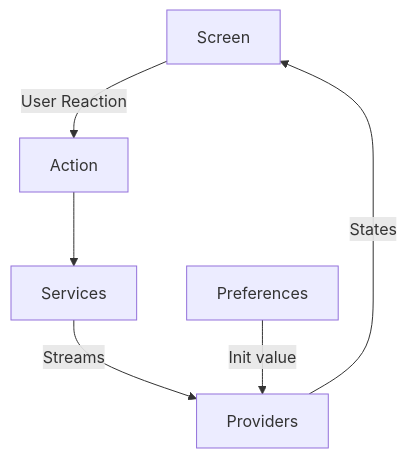
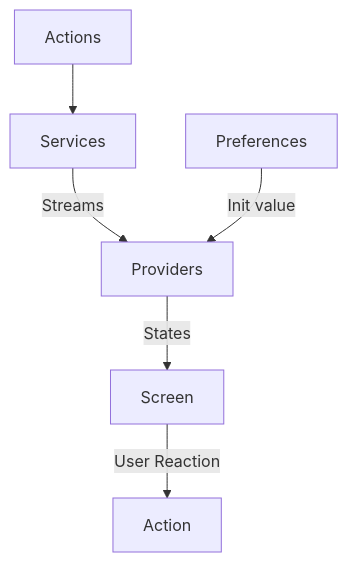
The diagram in README.md (joodo/bunga_player), drawn with Mermaid before and after one commit.

Commit message:
trivial: typo

````diff
--- a/README.md
+++ b/README.md
@@ -55,8 +55,8 @@
 ```mermaid
 flowchart TD
     Screen -->|User Reaction| Action
-    Action --> Services
+    Actions --> Services
     Services -->|Streams| Providers
     Providers-->|States| Screen
     Preferences -->|Init value| Providers
 ```
````
